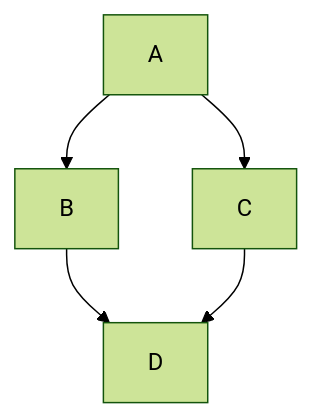
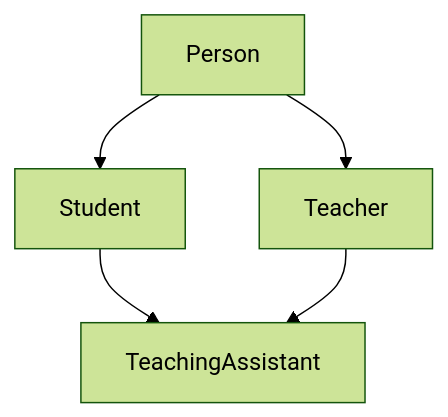
The fifth of 5 diagrams in modules/m4-object-oriented-programming/wk10-inheritance-and-polymorphism/4-types-of-inheritance.md (VishnuKumpati/KVCET_Year1_Content), drawn with Mermaid (forest theme) before and after one commit. The commit also changed other lines of this file and 14 other files, not shown here.

````diff
--- a/modules/m4-object-oriented-programming/wk10-inheritance-and-polymorphism/4-types-of-inheritance.md
+++ b/modules/m4-object-oriented-programming/wk10-inheritance-and-polymorphism/4-types-of-inheritance.md
@@ -169,7 +218,7 @@
 ```mermaid
 flowchart TD
-    A["A"] --> B["B"]
-    A --> C["C"]
-    B --> D["D"]
+    A["Person"] --> B["Student"]
+    A --> C["Teacher"]
+    B --> D["TeachingAssistant"]
     C --> D
 ```
````
